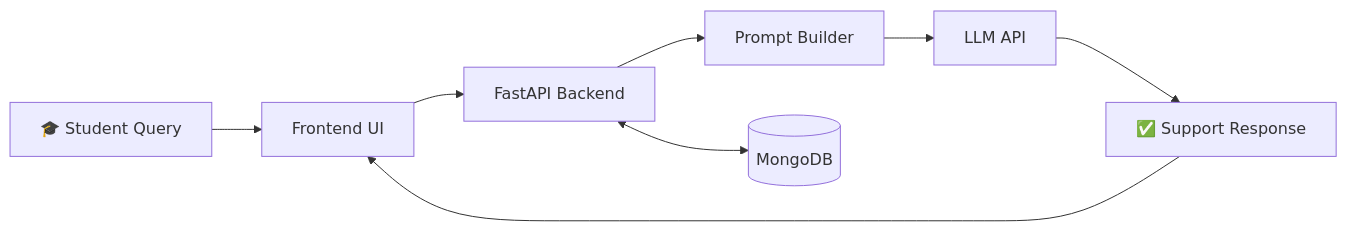
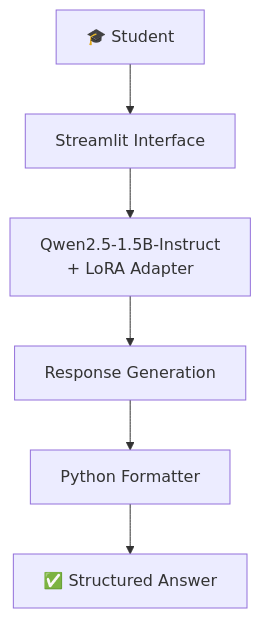
The second of 2 diagrams in README.md (arpan0009e/arpan0009e), drawn with Mermaid before and after one commit. The commit also changed other lines of this file, not shown here.

````diff
--- a/README.md
+++ b/README.md
@@ -139,10 +140,8 @@
 ```mermaid
-flowchart LR
-    A[🎓 Student Query] --> B[Frontend UI]
-    B --> C[FastAPI Backend]
-    C --> D[Prompt Builder]
-    D --> E[LLM API]
-    E --> F[✅ Support Response]
-    F --> B
-    C <--> G[(MongoDB)]
+flowchart TD
+    A[🎓 Student] --> B[Streamlit Interface]
+    B --> C[Qwen2.5-1.5B-Instruct<br/>+ LoRA Adapter]
+    C --> D[Response Generation]
+    D --> E[Python Formatter]
+    E --> F[✅ Structured Answer]
 ```
````
